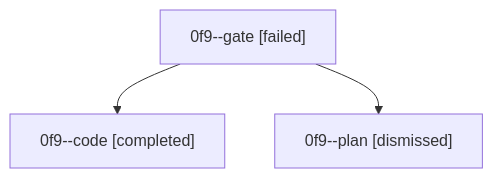
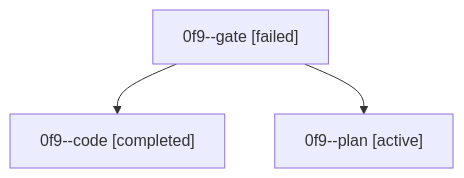
The diagram in families/bbugyi200.athena.0f9.md (bobs-org/bob-cli--agents), drawn with Mermaid before and after one commit. The commit also changed other lines of this file and 1279 other files, not shown here.

````diff
--- a/families/bbugyi200.athena.0f9.md
+++ b/families/bbugyi200.athena.0f9.md
@@ -9,8 +9,8 @@
 ```mermaid
 flowchart TD
   n0["0f9--gate [failed]"]
   n1["0f9--code [completed]"]
   n0 --> n1
-  n2["0f9--plan [dismissed]"]
+  n2["0f9--plan [active]"]
   n0 --> n2
 ```
````
